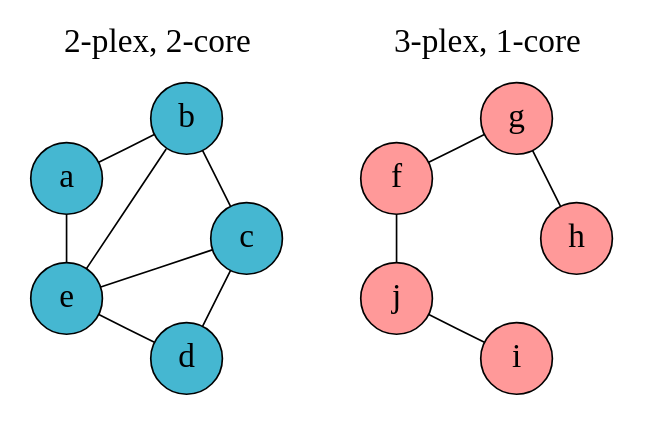
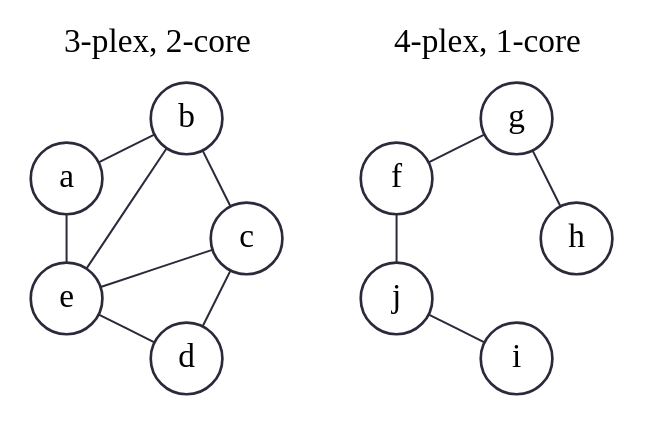
Before and after one commit to skojaku/adv-net-sci: the second of 4 diagrams in lecture-note/m05-clustering/01-concepts.qmd, drawn with Graphviz. The commit also changed other lines of this file and 67 other files, not shown here.

````diff
--- a/lecture-note/m05-clustering/01-concepts.qmd
+++ b/lecture-note/m05-clustering/01-concepts.qmd
@@ -63,53 +87,45 @@
 ```{dot}
 //| fig-width: 6
 //| fig-height: 3
 //| fig-align: center
 
 graph G {
     layout=fdp;
-    node [shape=circle, style=filled, fontsize=20, width=0.6];
-    edge [len=1.5];
+    node [shape=circle, style=filled, fillcolor=white, color="#2c2a3a", penwidth=1.6, fontsize=20, width=0.6];
+    edge [len=1.5, color="#2c2a3a", penwidth=1.2];
 
-    // ρ-dense: qualifies (has 8/10 = 80% > 75% threshold)
     subgraph cluster_dense {
-        label=" 2-plex, 2-core";
-        #style=filled;
-        #fillcolor="#e8f5e8";
+        label="3-plex, 2-core";
         fontsize=20;
         peripheries=0;
 
-        a [pos="0.5,2.5!", fillcolor="#45b7d1"];
-        b [pos="1.5,3!", fillcolor="#45b7d1"];
-        c [pos="2,2!", fillcolor="#45b7d1"];
-        d [pos="1.5,1!", fillcolor="#45b7d1"];
-        e [pos="0.5,1.5!", fillcolor="#45b7d1"];
+        a [pos="0.5,2.5!"];
+        b [pos="1.5,3!"];
+        c [pos="2,2!"];
+        d [pos="1.5,1!"];
+        e [pos="0.5,1.5!"];
 
         a -- b; a -- e;
         b -- c; b -- e;
         c -- d; c -- e;
         d -- e;
-        // Missing: a -- c, b -- d (has 8 out of 10 possible edges = 80%)
     }
 
-    // Not ρ-dense: fails (has 4/10 = 40% < 75% threshold)
     subgraph cluster_not_dense {
-        label="3-plex, 1-core";
-        #style=filled;
-        #fillcolor="#ffe8e8";
+        label="4-plex, 1-core";
         fontsize=20;
         peripheries=0;
 
-        f [pos="5.5,2.5!", fillcolor="#ff9999"];
-        g [pos="6.5,3!", fillcolor="#ff9999"];
-        h [pos="7,2!", fillcolor="#ff9999"];
-        i [pos="6.5,1!", fillcolor="#ff9999"];
-        j [pos="5.5,1.5!", fillcolor="#ff9999"];
+        f [pos="5.5,2.5!"];
+        g [pos="6.5,3!"];
+        h [pos="7,2!"];
+        i [pos="6.5,1!"];
+        j [pos="5.5,1.5!"];
 
         f -- g;
         g -- h;
         i -- j;
         j -- f;
-        // Missing 6 edges: has only 4 out of 10 possible edges = 40%
     }
 }
 ```
````
